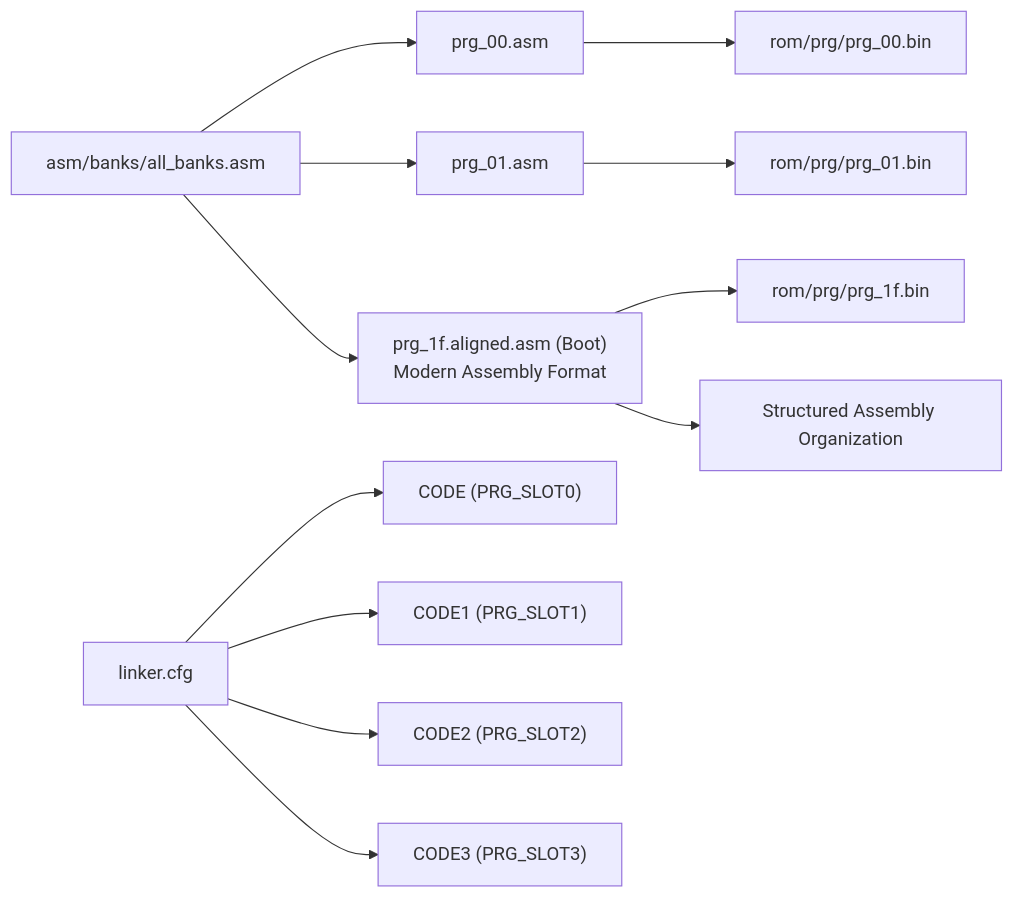
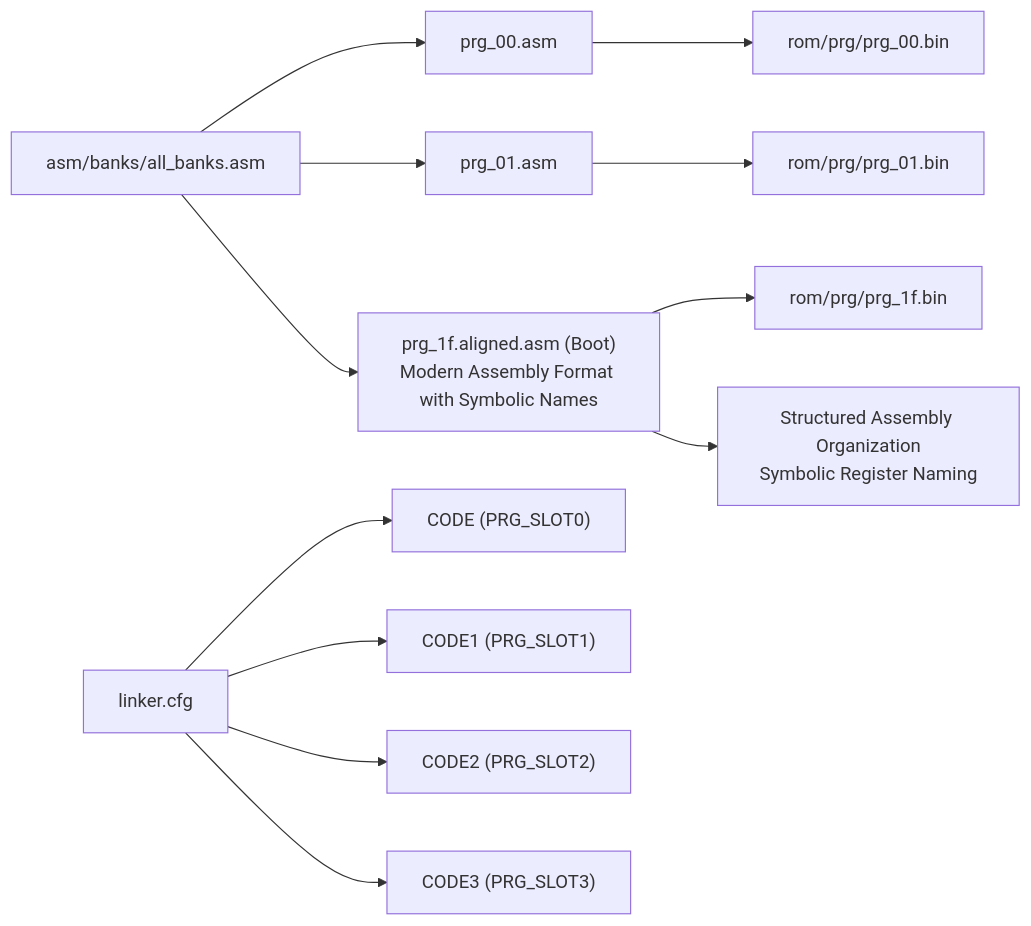
One commit to rabbyzero/sango2dasm changed the eighth of 9 diagrams in .qoder/repowiki/en/content/Assembly Architecture/Assembly Architecture.md. Above: the diagram before and after it, drawn with Mermaid. The commit also changed other lines of this file and 23 other files, not shown here.

````diff
--- a/.qoder/repowiki/en/content/Assembly Architecture/Assembly Architecture.md
+++ b/.qoder/repowiki/en/content/Assembly Architecture/Assembly Architecture.md
@@ -316,14 +316,14 @@
 ```mermaid
 graph LR
 ALLB["asm/banks/all_banks.asm"] --> B00["prg_00.asm"]
 ALLB --> B01["prg_01.asm"]
-ALLB --> ALIGNED["prg_1f.aligned.asm (Boot)<br/>Modern Assembly Format"]
+ALLB --> ALIGNED["prg_1f.aligned.asm (Boot)<br/>Modern Assembly Format with Symbolic Names"]
 LCFG["linker.cfg"] --> SEG0["CODE (PRG_SLOT0)"]
 LCFG --> SEG1["CODE1 (PRG_SLOT1)"]
 LCFG --> SEG2["CODE2 (PRG_SLOT2)"]
 LCFG --> SEG3["CODE3 (PRG_SLOT3)"]
 B00 --> BIN0["rom/prg/prg_00.bin"]
 B01 --> BIN1["rom/prg/prg_01.bin"]
 ALIGNED --> BIN1F["rom/prg/prg_1f.bin"]
-ALIGNED --> STRUCT["Structured Assembly Organization"]
+ALIGNED --> STRUCT["Structured Assembly Organization<br/>Symbolic Register Naming"]
 ```
````
